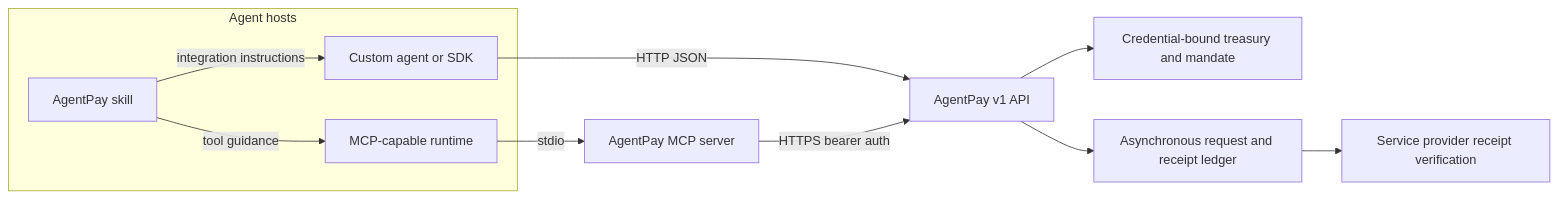
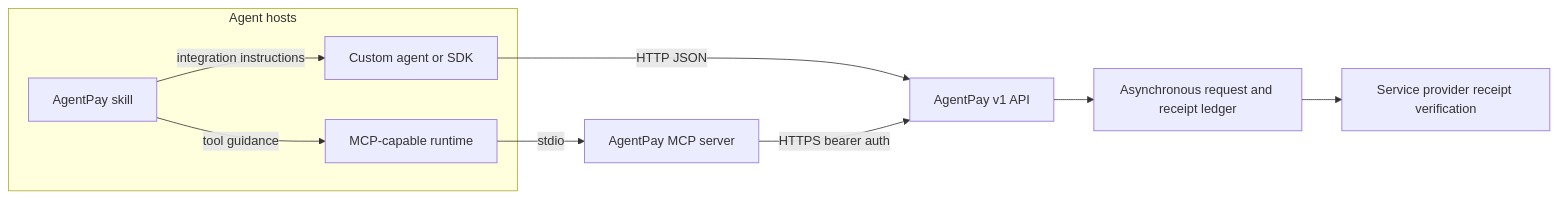
Before and after one commit to TS-mfon/agentpay: the fifth of 7 diagrams in README.md, drawn with Mermaid. The commit also changed other lines of this file and 27 other files, not shown here.

````diff
--- a/README.md
+++ b/README.md
@@ -382,16 +380,15 @@
 ```mermaid
 flowchart LR
     subgraph Hosts[Agent hosts]
         SDK[Custom agent or SDK]
         Skill[AgentPay skill]
         MCPC[MCP-capable runtime]
     end
     SDK -->|HTTP JSON| API[AgentPay v1 API]
     Skill -->|integration instructions| SDK
     Skill -->|tool guidance| MCPC
     MCPC -->|stdio| MCPS[AgentPay MCP server]
     MCPS -->|HTTPS bearer auth| API
-    API --> T[Credential-bound treasury and mandate]
     API --> P[Asynchronous request and receipt ledger]
     P --> Merchant[Service provider receipt verification]
 ```
````
